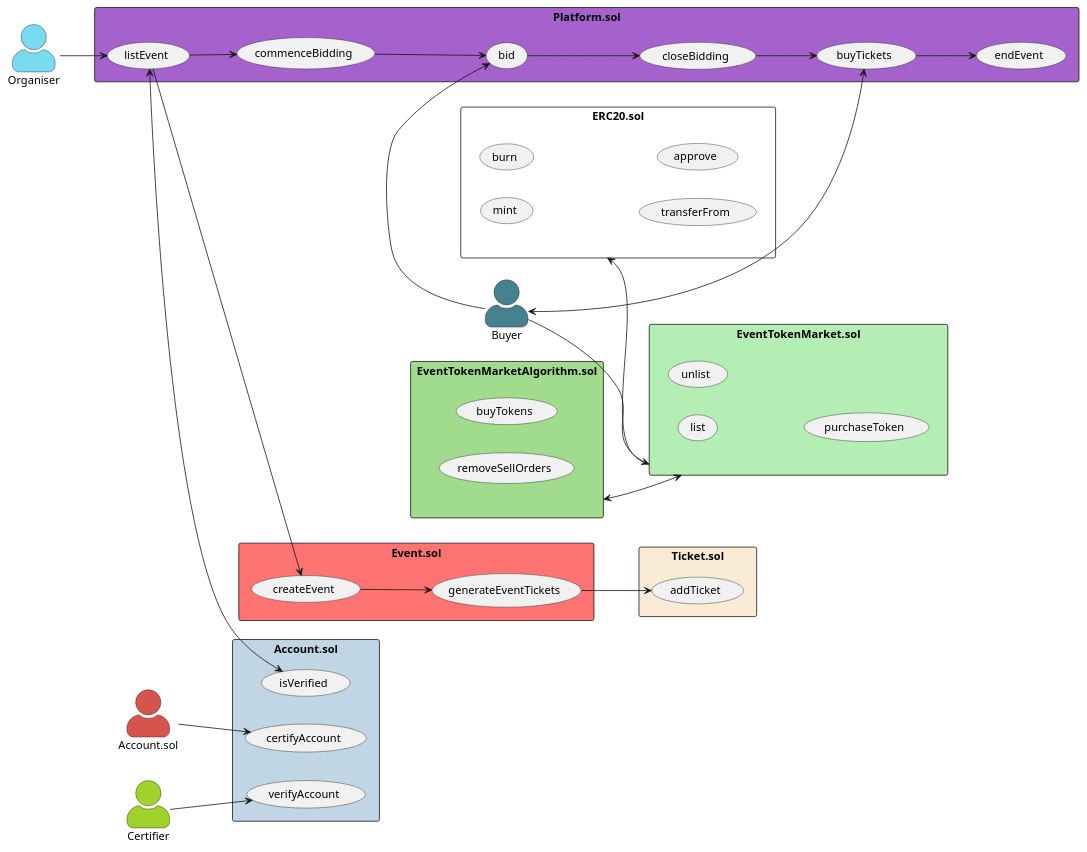
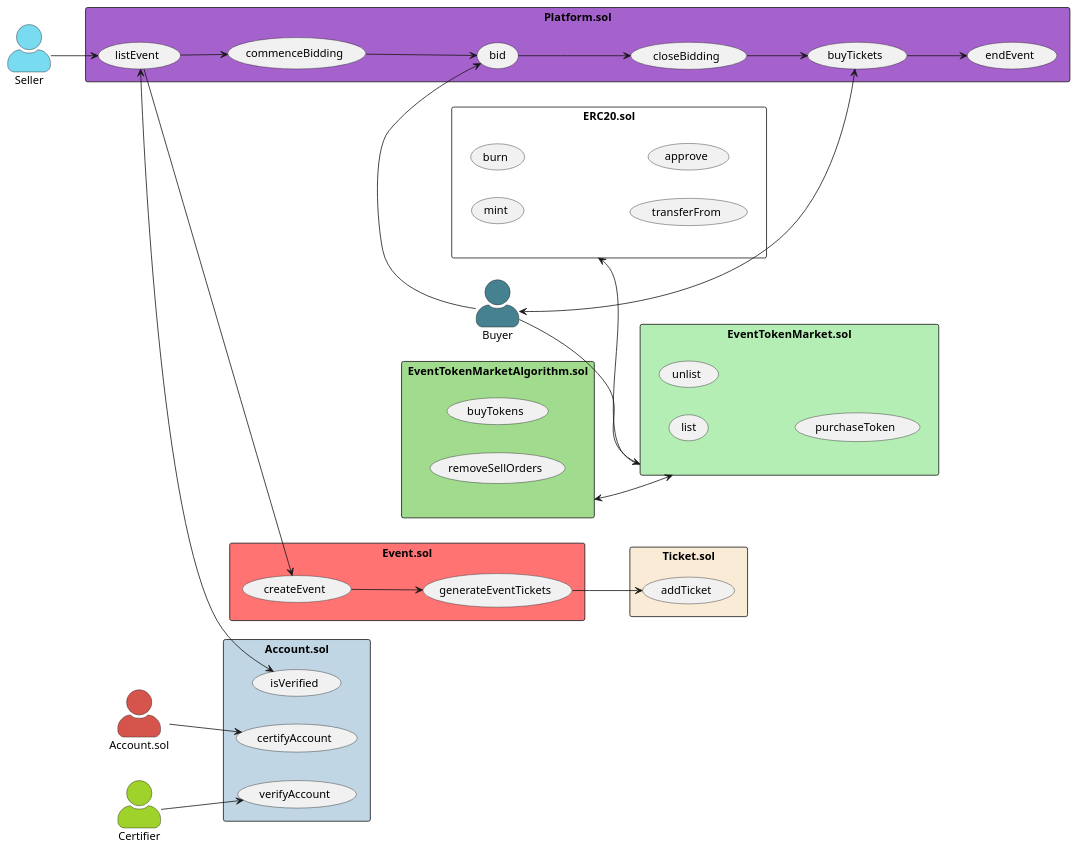
One commit to Teckwhye/is4302-project changed the diagram in docs/diagrams/ArchitectureDiagram.puml. Above: the diagram before and after it, drawn with PlantUML. The commit also changed 1 other file, not shown here.

Commit message:
Update architecture diagram from organiser to seller

```diff
--- a/docs/diagrams/ArchitectureDiagram.puml
+++ b/docs/diagrams/ArchitectureDiagram.puml
@@ -1,59 +1,59 @@
 @startuml ArchitectureDiagram
 skinparam actorStyle awesome
 skinparam packageStyle rectangle
 
 left to right direction
-"Organiser"  as Organiser #79dbf0
+"Seller"  as Seller #79dbf0
 "Certifier" as Certifier #9fd22a
 "Buyer" as Buyer #45818e
 "Account.sol" as Account #d5554c
 
 Buyer --> EventTokenMarket.sol
 rectangle Platform.sol #a561cc {
-  Organiser --> (listEvent)
+  Seller --> (listEvent)
   (listEvent) --> (commenceBidding)
   (commenceBidding) --> (bid)
   (bid) --> (closeBidding)
   (closeBidding) --> (buyTickets)
   (buyTickets) --> (endEvent)
   Buyer <--> (buyTickets)
   Buyer -right-> (bid)
 }
 
 rectangle Event.sol #ff7373 {
   (listEvent) --> (createEvent)
   (createEvent) --> (generateEventTickets)
 }
 
 rectangle Ticket.sol #faebd7 {
   (generateEventTickets) --> (addTicket)
 }
 
 rectangle Account.sol #c0d6e4 {
    Certifier --> (verifyAccount)
   (listEvent) <--> (isVerified)
   Account --> (certifyAccount)
 }
 
 EventTokenMarket.sol <-up-> EventTokenMarketAlgorithm.sol
 EventTokenMarket.sol -up-> ERC20.sol
 
 rectangle EventTokenMarket.sol #b4eeb4 {
     (list)
     (unlist)
     (purchaseToken)
 }
 
 rectangle EventTokenMarketAlgorithm.sol #a0db8e {
     (buyTokens)
     (removeSellOrders)
 }
 
 rectangle ERC20.sol {
     (mint)
     (burn)
     (transferFrom)
     (approve)
 }
 
 @enduml
```
